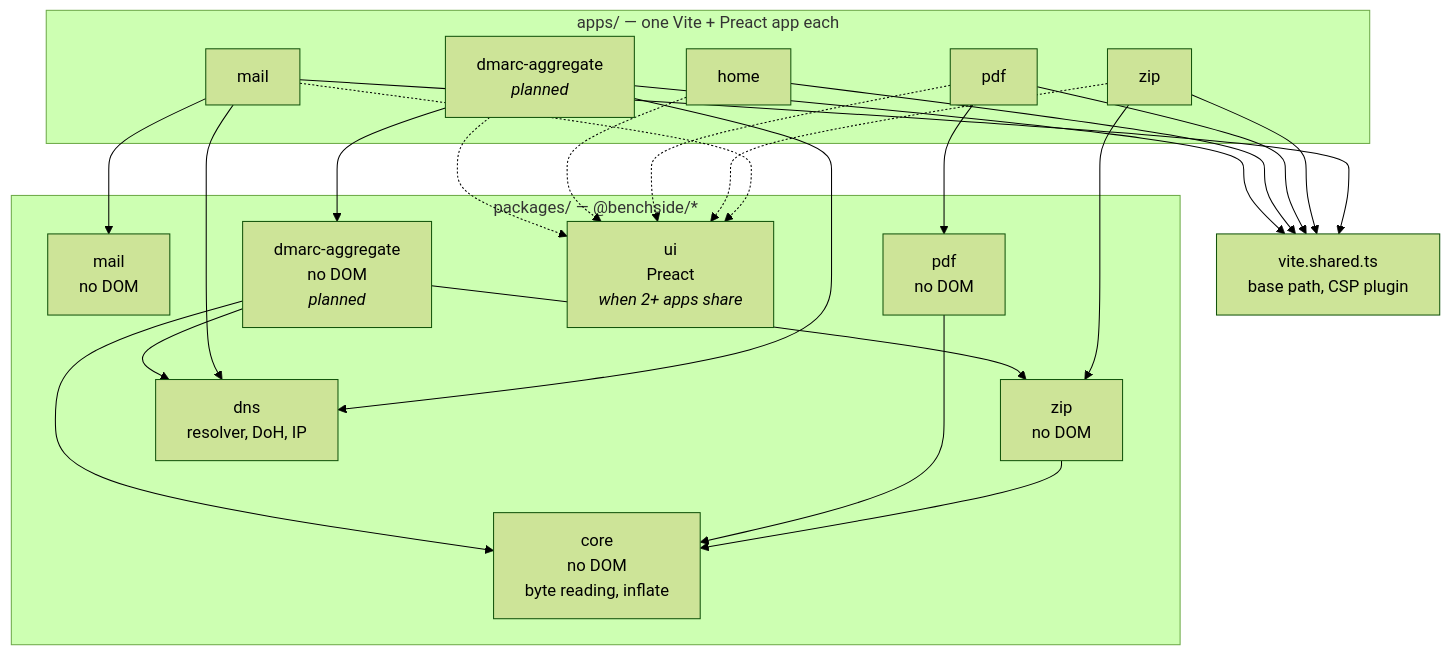
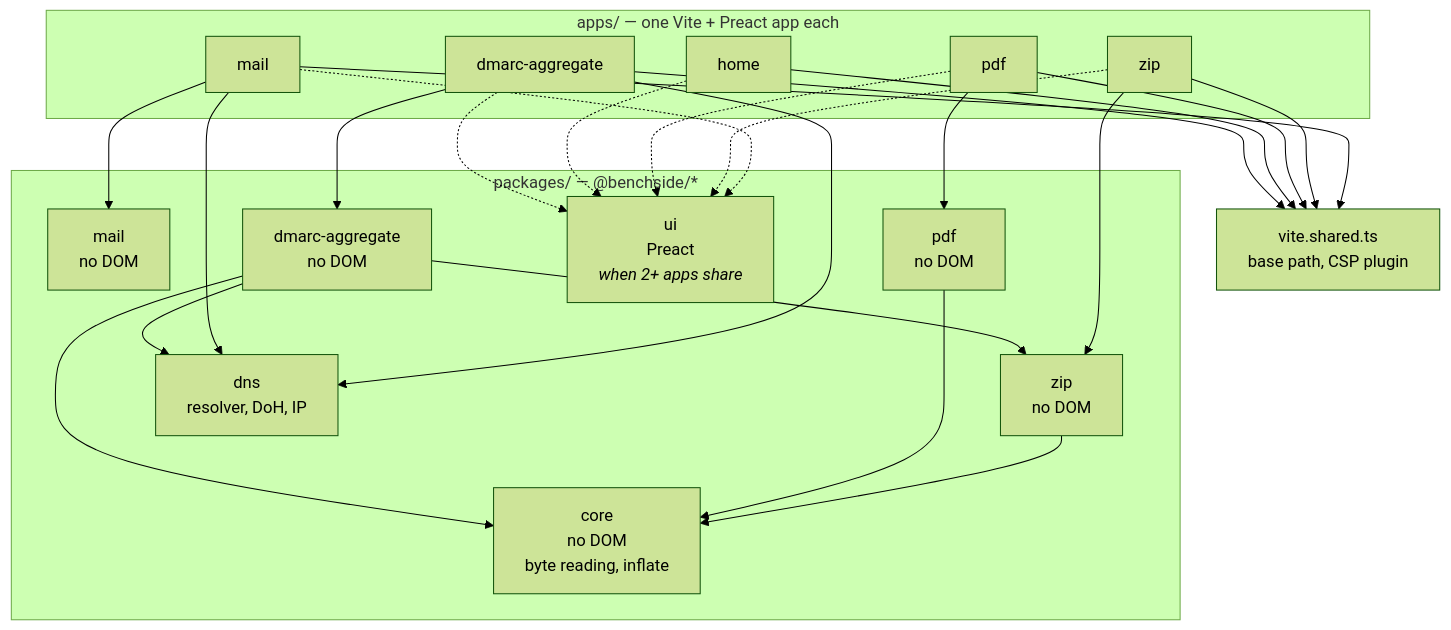
One commit to photom/benchside changed the first of 6 diagrams in docs/explanation/architecture.md. Above: the diagram before and after it, drawn with Mermaid (forest theme). The commit also changed other lines of this file and 22 other files, not shown here.

````diff
--- a/docs/explanation/architecture.md
+++ b/docs/explanation/architecture.md
@@ -14,32 +14,32 @@
 ```mermaid
 flowchart TD
   subgraph apps [apps/ — one Vite + Preact app each]
     home[home]
     mail[mail]
     zip[zip]
     pdf[pdf]
-    dmarc["dmarc-aggregate<br/><i>planned</i>"]
+    dmarc["dmarc-aggregate"]
   end
 
   subgraph packages [packages/ — @benchside/*]
     pmail[mail<br/>no DOM]
     pzip[zip<br/>no DOM]
     ppdf[pdf<br/>no DOM]
     core[core<br/>no DOM<br/>byte reading, inflate]
-    pdmarc["dmarc-aggregate<br/>no DOM<br/><i>planned</i>"]
+    pdmarc["dmarc-aggregate<br/>no DOM"]
     pdns["dns<br/>resolver, DoH, IP"]
     ui[ui<br/>Preact<br/><i>when 2+ apps share</i>]
   end
 
   shared[vite.shared.ts<br/>base path, CSP plugin]
 
   mail --> pmail
   zip --> pzip
   pdf --> ppdf
   pzip & ppdf --> core
   dmarc --> pdmarc & pdns
   mail --> pdns
   pdmarc --> pzip & core & pdns
   mail & zip & pdf & home & dmarc -.-> ui
   mail & zip & pdf & home & dmarc --> shared
 ```
````
